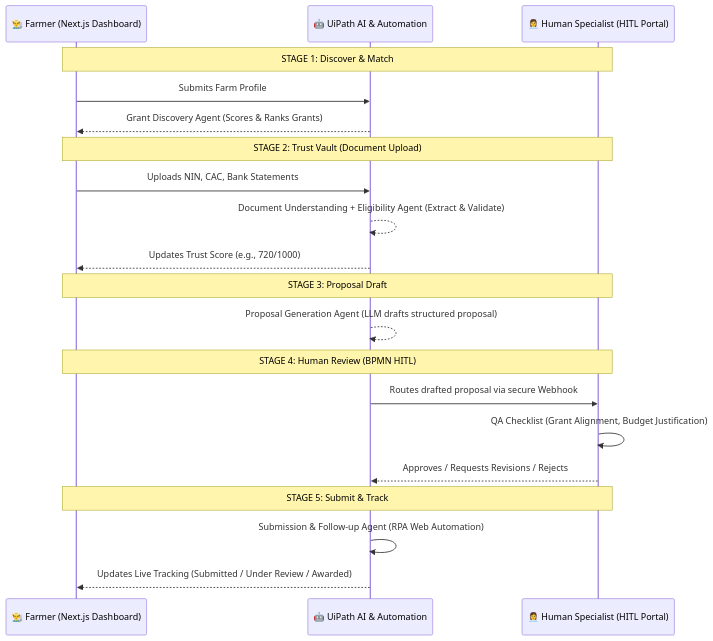
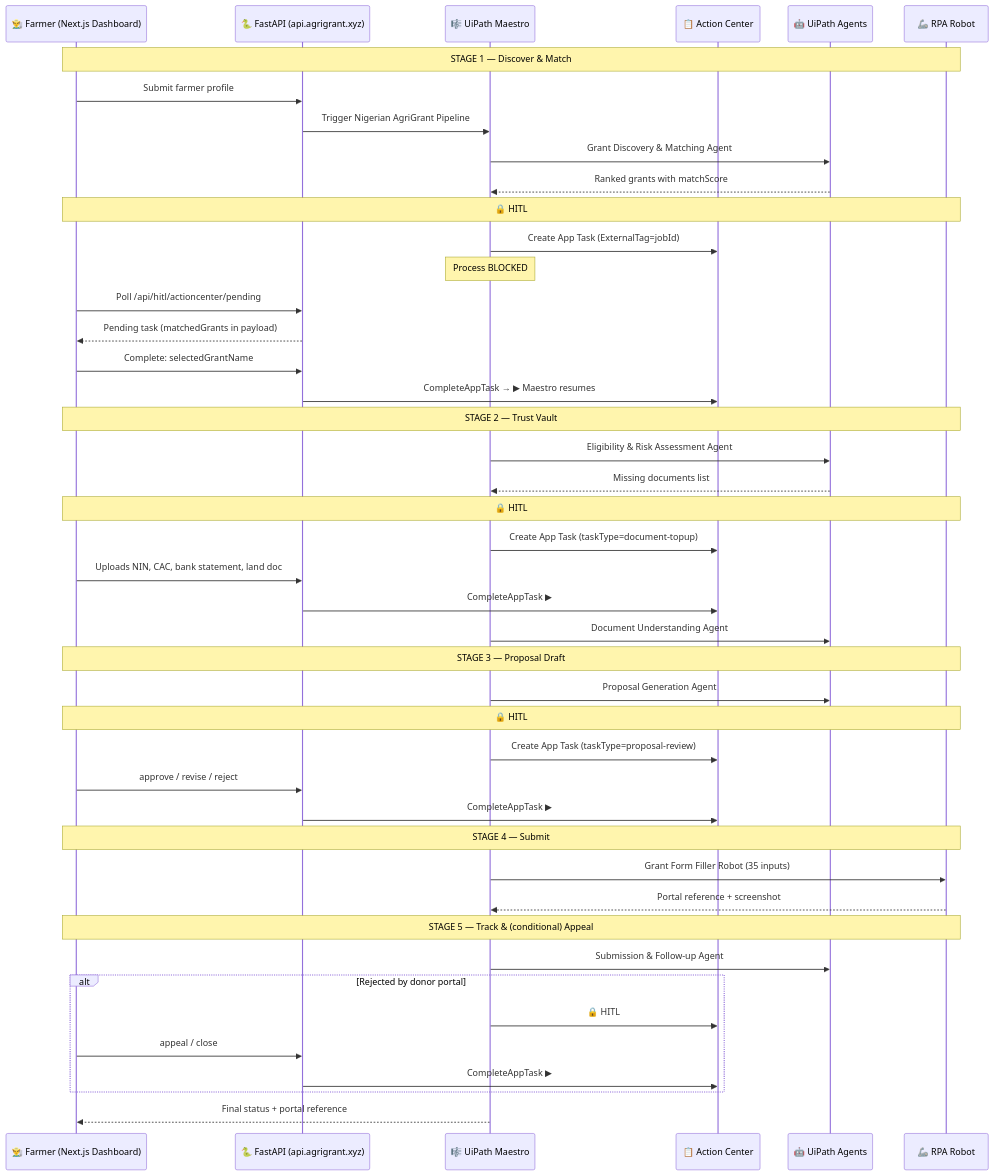
One commit to De-real-iManuel/AgriGrant-AI changed the diagram in README.md. Above: the diagram before and after it, drawn with Mermaid. The commit also changed other lines of this file and 5 other files, not shown here.

````diff
--- a/README.md
+++ b/README.md
@@ -44,27 +88,54 @@
 ```mermaid
 sequenceDiagram
     participant F as 👨‍🌾 Farmer (Next.js Dashboard)
-    participant AI as 🤖 UiPath AI & Automation
-    participant S as 👩‍💼 Human Specialist (HITL Portal)
+    participant BE as 🐍 FastAPI (api.agrigrant.xyz)
+    participant M as 🎼 UiPath Maestro
+    participant AC as 📋 Action Center
+    participant AI as 🤖 UiPath Agents
+    participant R as 🦾 RPA Robot
 
-    Note over F, S: STAGE 1: Discover & Match
-    F->>AI: Submits Farm Profile
-    AI-->>F: Grant Discovery Agent (Scores & Ranks Grants)
-    
-    Note over F, S: STAGE 2: Trust Vault (Document Upload)
-    F->>AI: Uploads NIN, CAC, Bank Statements
-    AI-->>AI: Document Understanding + Eligibility Agent (Extract & Validate)
-    AI-->>F: Updates Trust Score (e.g., 720/1000)
+    Note over F, R: STAGE 1 — Discover & Match
+    F->>BE: Submit farmer profile
+    BE->>M: Trigger Nigerian AgriGrant Pipeline
+    M->>AI: Grant Discovery & Matching Agent
+    AI-->>M: Ranked grants with matchScore
 
-    Note over F, S: STAGE 3: Proposal Draft
-    AI-->>AI: Proposal Generation Agent (LLM drafts structured proposal)
-    
-    Note over F, S: STAGE 4: Human Review (BPMN HITL)
-    AI->>S: Routes drafted proposal via secure Webhook
-    S->>S: QA Checklist (Grant Alignment, Budget Justification)
-    S-->>AI: Approves / Requests Revisions / Rejects
+    Note over F, R: 🔒 HITL #1 — Grant Selection
+    M->>AC: Create App Task (ExternalTag=jobId)
+    Note over M: Process BLOCKED
+    F->>BE: Poll /api/hitl/actioncenter/pending
+    BE-->>F: Pending task (matchedGrants in payload)
+    F->>BE: Complete: selectedGrantName
+    BE->>AC: CompleteAppTask → ▶ Maestro resumes
 
-    Note over F, S: STAGE 5: Submit & Track
-    AI->>AI: Submission & Follow-up Agent (RPA Web Automation)
-    AI-->>F: Updates Live Tracking (Submitted / Under Review / Awarded)
+    Note over F, R: STAGE 2 — Trust Vault
+    M->>AI: Eligibility & Risk Assessment Agent
+    AI-->>M: Missing documents list
+
+    Note over F, R: 🔒 HITL #2 — Document Top-up
+    M->>AC: Create App Task (taskType=document-topup)
+    F->>BE: Uploads NIN, CAC, bank statement, land doc
+    BE->>AC: CompleteAppTask ▶
+    M->>AI: Document Understanding Agent
+
+    Note over F, R: STAGE 3 — Proposal Draft
+    M->>AI: Proposal Generation Agent
+
+    Note over F, R: 🔒 HITL #3 — Proposal Review
+    M->>AC: Create App Task (taskType=proposal-review)
+    F->>BE: approve / revise / reject
+    BE->>AC: CompleteAppTask ▶
+
+    Note over F, R: STAGE 4 — Submit
+    M->>R: Grant Form Filler Robot (35 inputs)
+    R-->>M: Portal reference + screenshot
+
+    Note over F, R: STAGE 5 — Track & (conditional) Appeal
+    M->>AI: Submission & Follow-up Agent
+    alt Rejected by donor portal
+        M->>AC: 🔒 HITL #4 — Appeal Review
+        F->>BE: appeal / close
+        BE->>AC: CompleteAppTask ▶
+    end
+    M-->>F: Final status + portal reference
 ```
````
